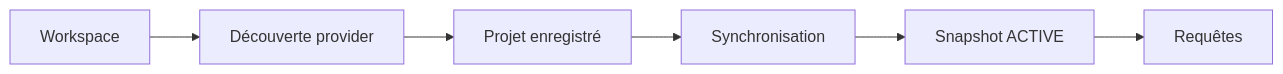
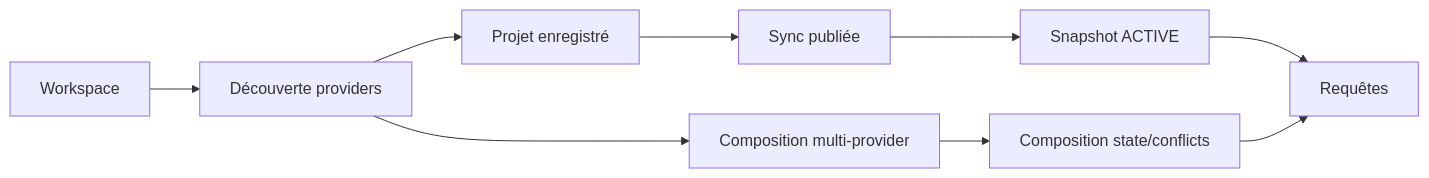
The first of 2 diagrams in docs/user/QUICKSTART.md (FTurleque/morpheus-engine), drawn with Mermaid before and after one commit. The commit also changed other lines of this file, not shown here.

````diff
--- a/docs/user/QUICKSTART.md
+++ b/docs/user/QUICKSTART.md
@@ -58,8 +55,11 @@
 ```mermaid
 flowchart LR
-    W[Workspace] --> D[Découverte provider]
+    W[Workspace] --> D[Découverte providers]
     D --> R[Projet enregistré]
-    R --> S[Synchronisation]
+    R --> S[Sync publiée]
+    D --> C[Composition multi-provider]
     S --> A[Snapshot ACTIVE]
+    C --> CS[Composition state/conflicts]
     A --> Q[Requêtes]
+    CS --> Q
 ```
````
